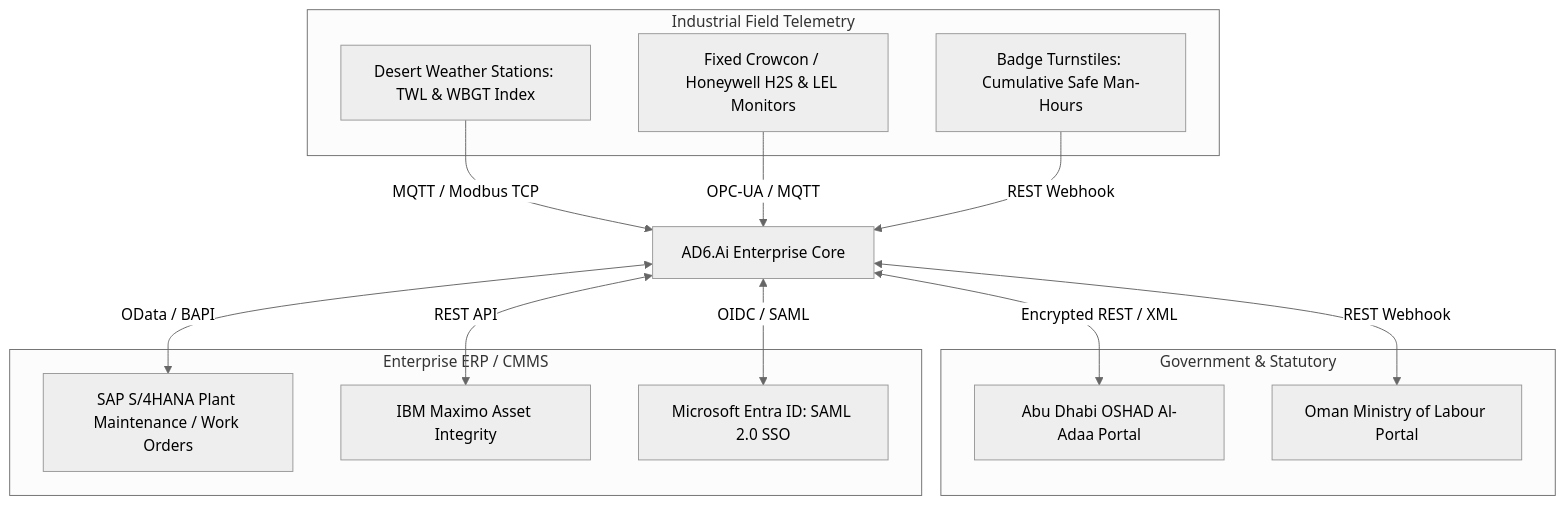
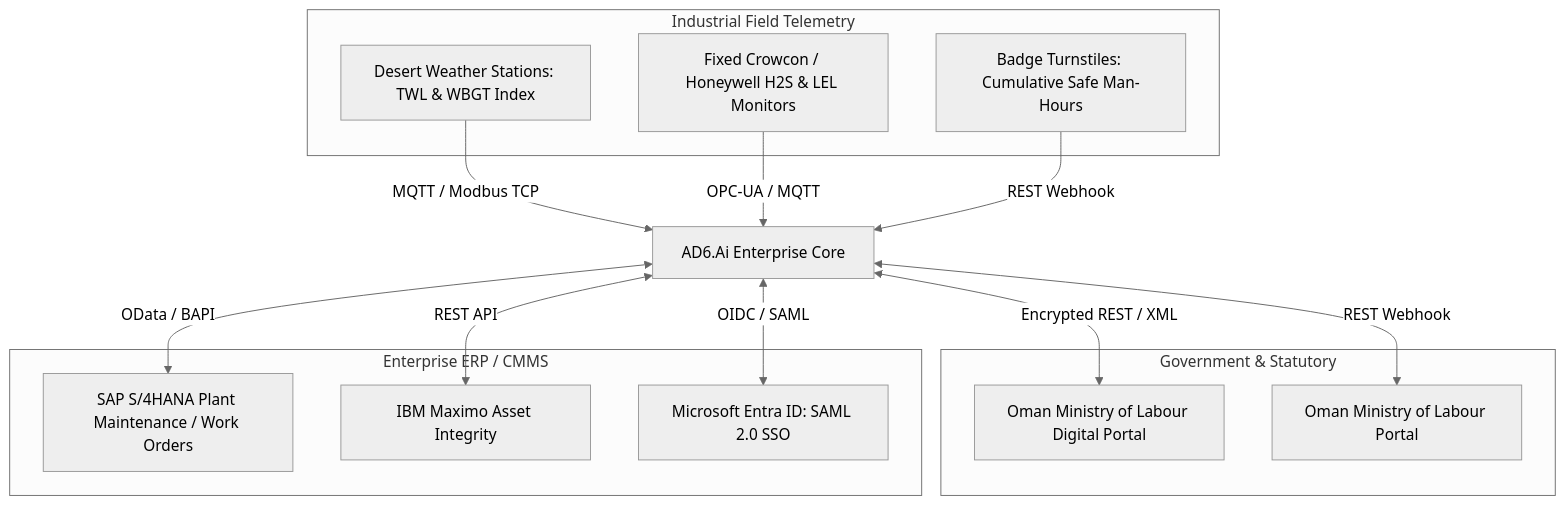
One commit to Mdh98123/Demo-Prototype-of-AD6.Ai-Smart-HSE- changed the diagram in docs/INTEGRATIONS.md. Above: the diagram before and after it, drawn with Mermaid (neutral theme). The commit also changed other lines of this file and 136 other files, not shown here.

````diff
--- a/docs/INTEGRATIONS.md
+++ b/docs/INTEGRATIONS.md
@@ -39,30 +39,30 @@
 ```mermaid
 graph TD
     AD6[AD6.Ai Enterprise Core]
 
     subgraph Operational Portals [Government & Statutory]
-        AlAdaa[Abu Dhabi OSHAD Al-Adaa Portal]
+        AlAdaa[Oman Ministry of Labour Digital Portal]
         OmanMoL[Oman Ministry of Labour Portal]
     end
 
     subgraph Field IoT [Industrial Field Telemetry]
         Weather[Desert Weather Stations: TWL & WBGT Index]
         GasSensors[Fixed Crowcon / Honeywell H2S & LEL Monitors]
         Turnstiles[Badge Turnstiles: Cumulative Safe Man-Hours]
     end
 
     subgraph Corporate IT [Enterprise ERP / CMMS]
         SAP[SAP S/4HANA Plant Maintenance / Work Orders]
         Maximo[IBM Maximo Asset Integrity]
         EntraID[Microsoft Entra ID: SAML 2.0 SSO]
     end
 
     AD6 <-->|Encrypted REST / XML| AlAdaa
     AD6 <-->|REST Webhook| OmanMoL
     Weather -->|MQTT / Modbus TCP| AD6
     GasSensors -->|OPC-UA / MQTT| AD6
     Turnstiles -->|REST Webhook| AD6
     AD6 <-->|OData / BAPI| SAP
     AD6 <-->|REST API| Maximo
     AD6 <-->|OIDC / SAML| EntraID
 ```
````
